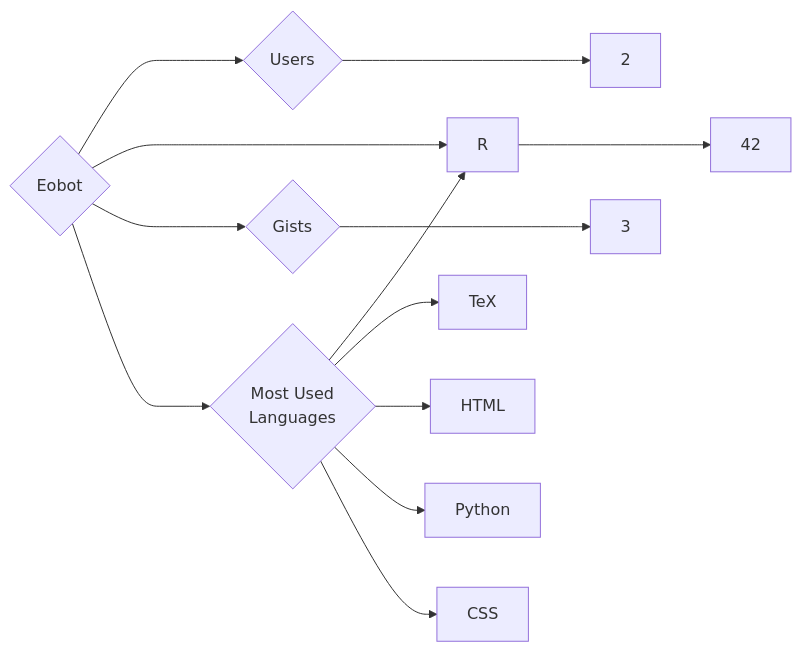
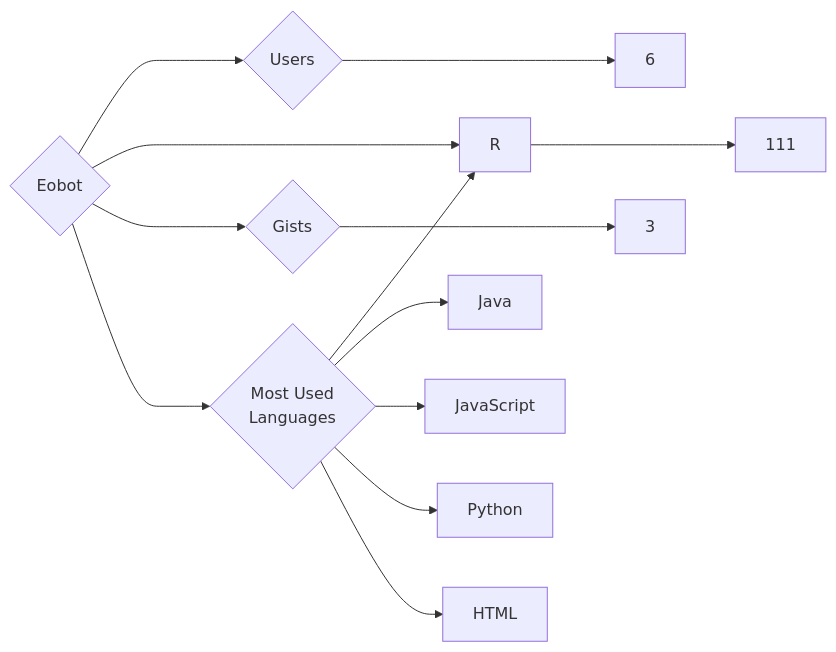
The diagram in targets/Eobot/README.md (trickest/insiders), drawn with Mermaid before and after one commit. The commit also changed 1314 other files, not shown here.

````diff
--- a/targets/Eobot/README.md
+++ b/targets/Eobot/README.md
@@ -3,13 +3,13 @@
 ```mermaid
 graph LR
 COMPANY_NAME{Eobot}
-COMPANY_NAME ---> U{Users} ---> UN[2]
-COMPANY_NAME ---> R{Repositories} ---> RN[42]
+COMPANY_NAME ---> U{Users} ---> UN[6]
+COMPANY_NAME ---> R{Repositories} ---> RN[111]
 COMPANY_NAME ---> G{Gists} ---> GN[3]
 COMPANY_NAME ---> ML{Most Used<br>Languages}
 ML --> R[R]
-ML --> TeX[TeX]
+ML --> Java[Java]
+ML --> JavaScript[JavaScript]
+ML --> Python[Python]
 ML --> HTML[HTML]
-ML --> Python[Python]
-ML --> CSS[CSS]
 ```
````
